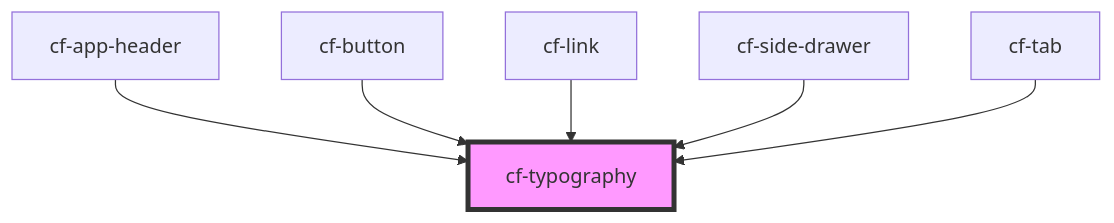
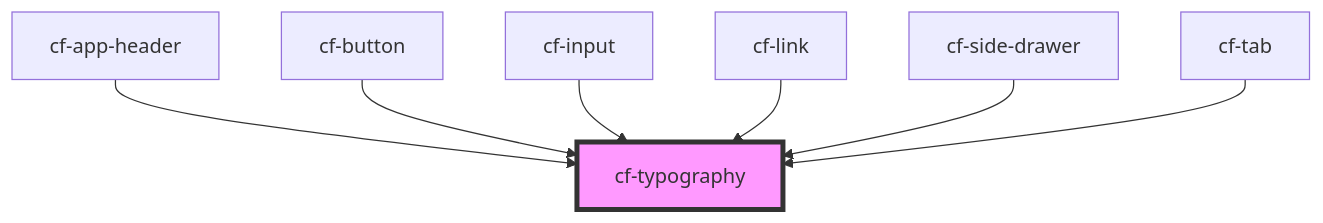
The diagram in src/components/cf-typography/readme.md (DriLLFreAK100/codefee-component), drawn with Mermaid before and after one commit. The commit also changed other lines of this file and 7 other files, not shown here.

````diff
--- a/src/components/cf-typography/readme.md
+++ b/src/components/cf-typography/readme.md
@@ -27,9 +28,10 @@
 ```mermaid
 graph TD;
   cf-app-header --> cf-typography
   cf-button --> cf-typography
+  cf-input --> cf-typography
   cf-link --> cf-typography
   cf-side-drawer --> cf-typography
   cf-tab --> cf-typography
   style cf-typography fill:#f9f,stroke:#333,stroke-width:4px
 ```
````
